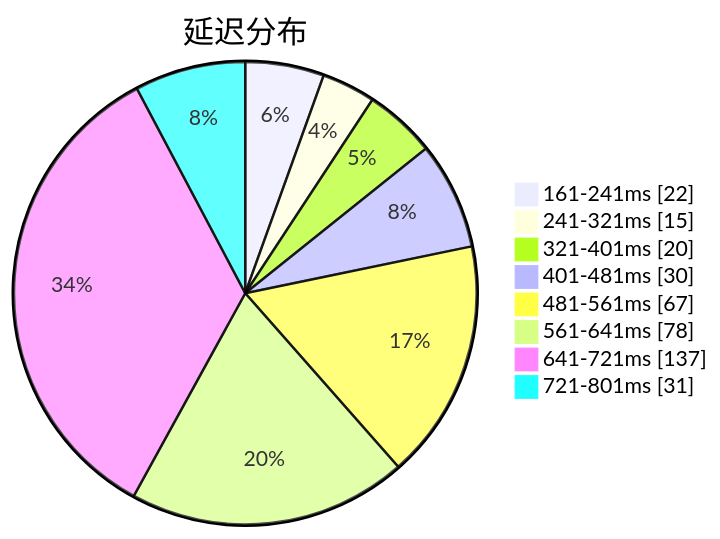
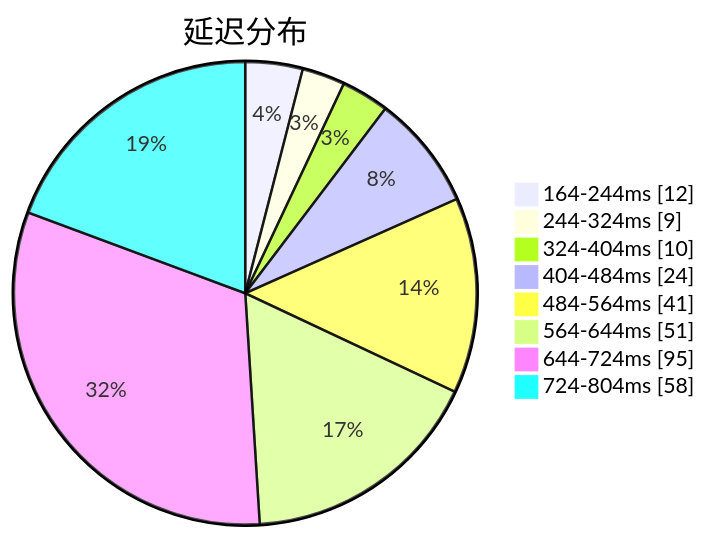
Before and after one commit to qjlxg/airport: the first of 3 diagrams in subs/statistics/tested_within.md, drawn with Mermaid. The commit also changed other lines of this file and 2 other files, not shown here.

Commit message:
Tested by metaST

````diff
--- a/subs/statistics/tested_within.md
+++ b/subs/statistics/tested_within.md
@@ -2,12 +2,12 @@
 ```mermaid
 pie showData
 title 延迟分布
-"161-241ms" : 22
-"241-321ms" : 15
-"321-401ms" : 20
-"401-481ms" : 30
-"481-561ms" : 67
-"561-641ms" : 78
-"641-721ms" : 137
-"721-801ms" : 31
+"164-244ms" : 12
+"244-324ms" : 9
+"324-404ms" : 10
+"404-484ms" : 24
+"484-564ms" : 41
+"564-644ms" : 51
+"644-724ms" : 95
+"724-804ms" : 58
 ```
````
